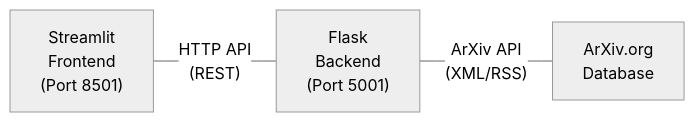
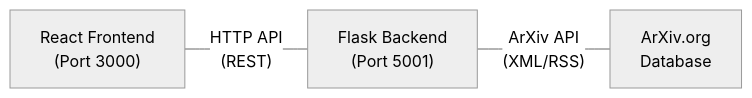
One commit to aiexplorations/anvexan changed the diagram in README.md. Above: the diagram before and after it, drawn with Mermaid (neutral theme). The commit also changed other lines of this file and 41 other files, not shown here.

````diff
--- a/README.md
+++ b/README.md
@@ -22,5 +22,5 @@
 ```mermaid
 graph LR
-    A["Streamlit<br/>Frontend<br/>(Port 8501)"] ---|"HTTP API<br/>(REST)"| B["Flask<br/>Backend<br/>(Port 5001)"]
+    A["React Frontend<br/>(Port 3000)"] ---|"HTTP API<br/>(REST)"| B["Flask Backend<br/>(Port 5001)"]
     B ---|"ArXiv API<br/>(XML/RSS)"| C["ArXiv.org<br/>Database"]
 ```
````
